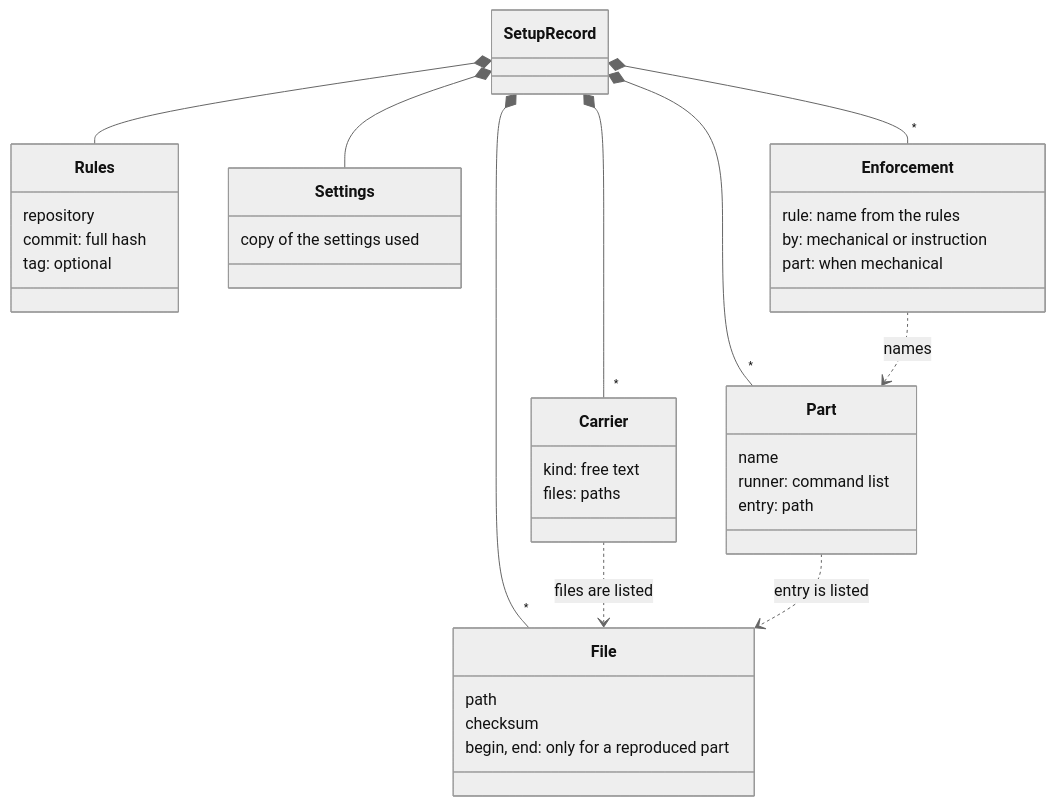
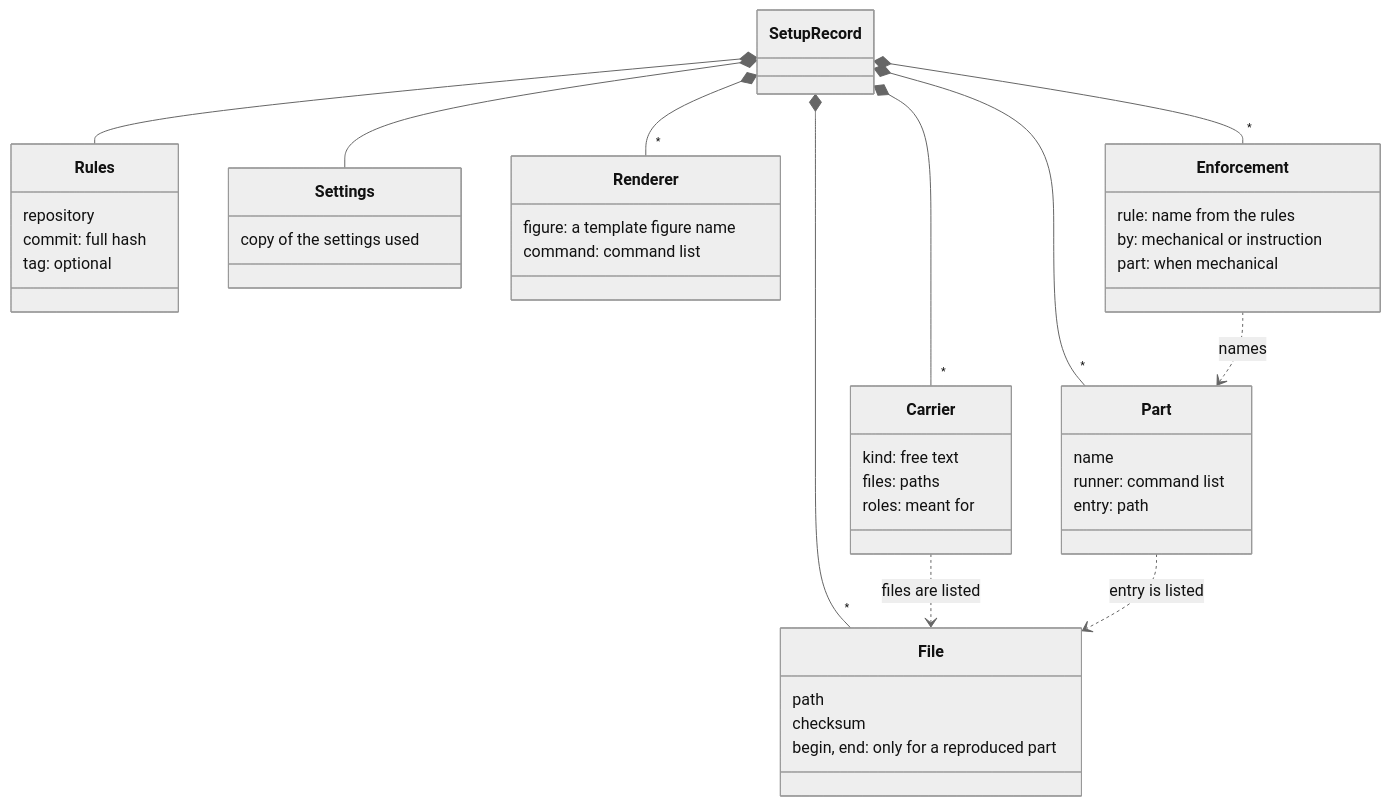
The first of 3 diagrams in docs/design/setup-record.md (jheun66/plumbline), drawn with Mermaid (neutral theme) before and after one commit. The commit also changed other lines of this file and 14 other files, not shown here.

````diff
--- a/docs/design/setup-record.md
+++ b/docs/design/setup-record.md
@@ -184,41 +202,47 @@
 ```mermaid
 classDiagram
   class SetupRecord {
   }
   class Rules {
     repository
     commit: full hash
     tag: optional
   }
   class Settings {
     copy of the settings used
   }
   class File {
     path
     checksum
     begin, end: only for a reproduced part
   }
   class Carrier {
     kind: free text
     files: paths
+    roles: meant for
+  }
+  class Renderer {
+    figure: a template figure name
+    command: command list
   }
   class Part {
     name
     runner: command list
     entry: path
   }
   class Enforcement {
     rule: name from the rules
     by: mechanical or instruction
     part: when mechanical
   }
   SetupRecord *-- Rules
   SetupRecord *-- Settings
   SetupRecord *-- "*" File
   SetupRecord *-- "*" Carrier
   SetupRecord *-- "*" Part
+  SetupRecord *-- "*" Renderer
   SetupRecord *-- "*" Enforcement
   Carrier ..> File : files are listed
   Part ..> File : entry is listed
   Enforcement ..> Part : names
 ```
````
